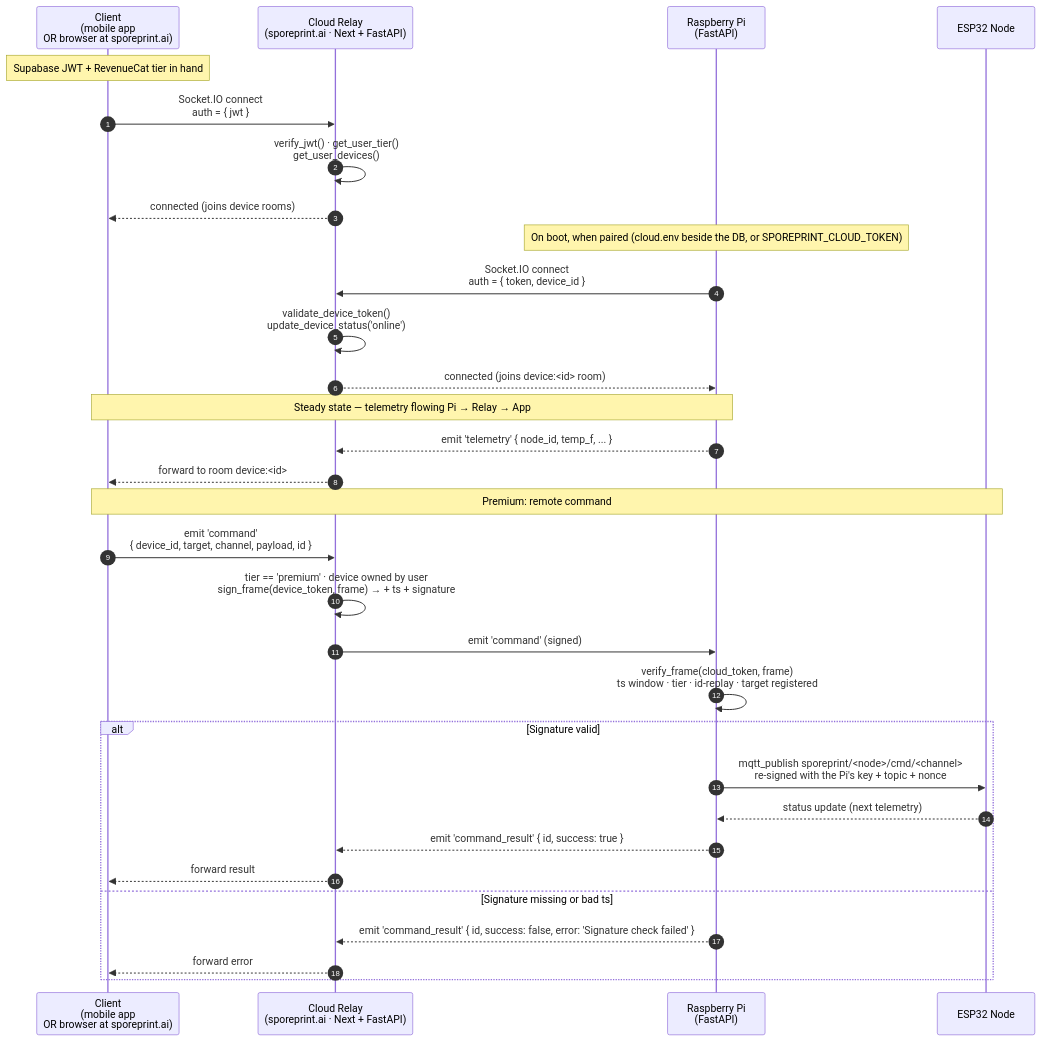
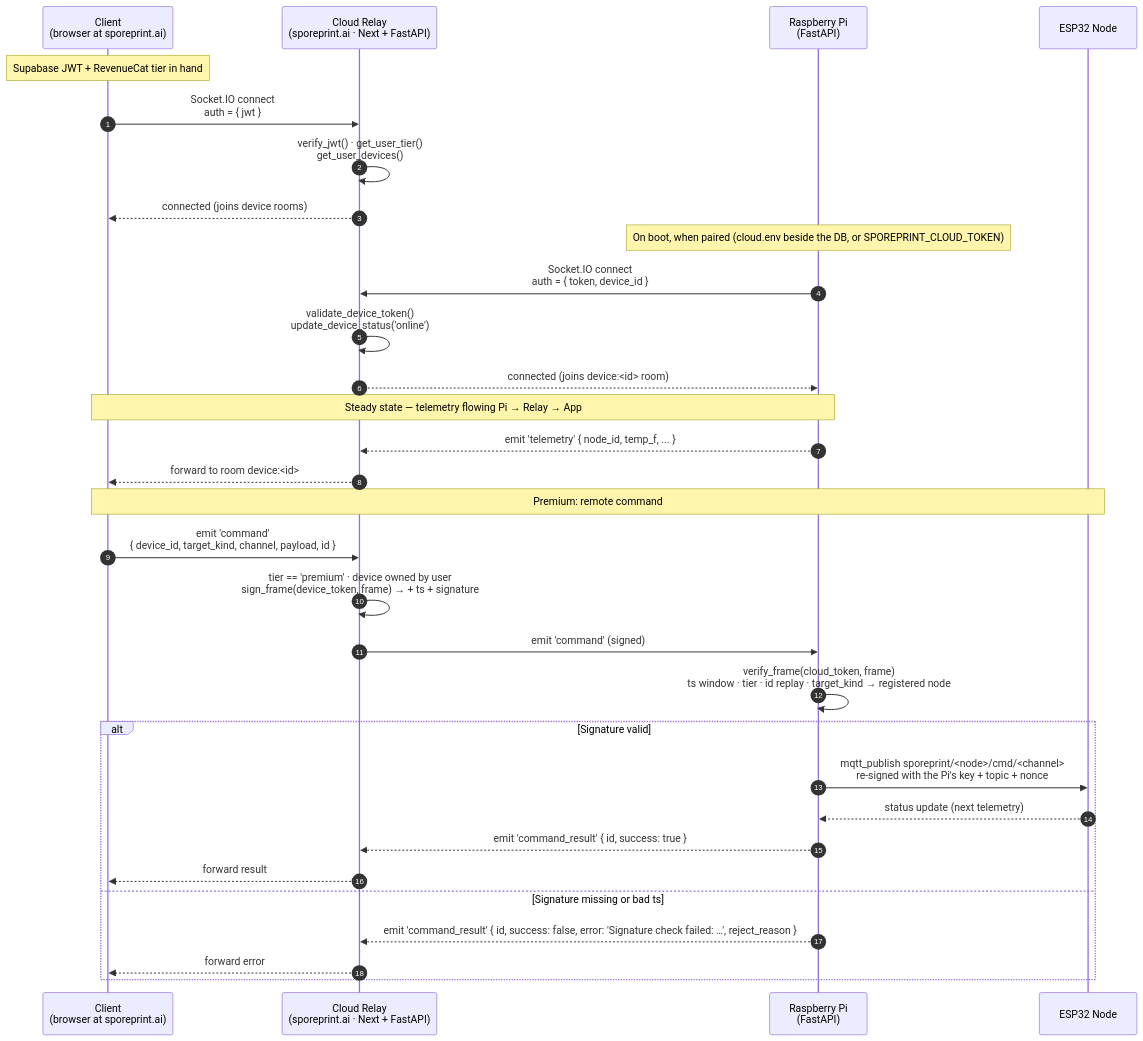
The diagram in docs/cloud-relay-flow.md (59psi/SporePrint), drawn with Mermaid before and after one commit. The commit also changed other lines of this file and 67 other files, not shown here.

````diff
--- a/docs/cloud-relay-flow.md
+++ b/docs/cloud-relay-flow.md
@@ -9,38 +9,38 @@
 ```mermaid
 sequenceDiagram
     autonumber
-    participant App as Client<br/>(mobile app<br/>OR browser at sporeprint.ai)
+    participant App as Client<br/>(browser at sporeprint.ai)
     participant Relay as Cloud Relay<br/>(sporeprint.ai · Next + FastAPI)
     participant Pi as Raspberry Pi<br/>(FastAPI)
     participant ESP as ESP32 Node
 
     Note over App: Supabase JWT + RevenueCat tier in hand
     App->>Relay: Socket.IO connect<br/>auth = { jwt }
     Relay->>Relay: verify_jwt() · get_user_tier()<br/>get_user_devices()
     Relay-->>App: connected (joins device rooms)
 
     Note over Pi: On boot, when paired (cloud.env beside the DB, or SPOREPRINT_CLOUD_TOKEN)
     Pi->>Relay: Socket.IO connect<br/>auth = { token, device_id }
     Relay->>Relay: validate_device_token()<br/>update_device_status('online')
     Relay-->>Pi: connected (joins device:<id> room)
 
     Note over App,Pi: Steady state — telemetry flowing Pi → Relay → App
     Pi-->>Relay: emit 'telemetry' { node_id, temp_f, ... }
     Relay-->>App: forward to room device:<id>
 
     Note over App,ESP: Premium: remote command
-    App->>Relay: emit 'command'<br/>{ device_id, target, channel, payload, id }
+    App->>Relay: emit 'command'<br/>{ device_id, target_kind, channel, payload, id }
     Relay->>Relay: tier == 'premium' · device owned by user<br/>sign_frame(device_token, frame) → + ts + signature
     Relay->>Pi: emit 'command' (signed)
 
-    Pi->>Pi: verify_frame(cloud_token, frame)<br/>ts window · tier · id-replay · target registered
+    Pi->>Pi: verify_frame(cloud_token, frame)<br/>ts window · tier · id replay · target_kind → registered node
     alt Signature valid
         Pi->>ESP: mqtt_publish sporeprint/<node>/cmd/<channel><br/>re-signed with the Pi's key + topic + nonce
         ESP-->>Pi: status update (next telemetry)
         Pi-->>Relay: emit 'command_result' { id, success: true }
         Relay-->>App: forward result
     else Signature missing or bad ts
-        Pi-->>Relay: emit 'command_result' { id, success: false, error: 'Signature check failed' }
+        Pi-->>Relay: emit 'command_result' { id, success: false, error: 'Signature check failed: …', reject_reason }
         Relay-->>App: forward error
     end
 ```
````
